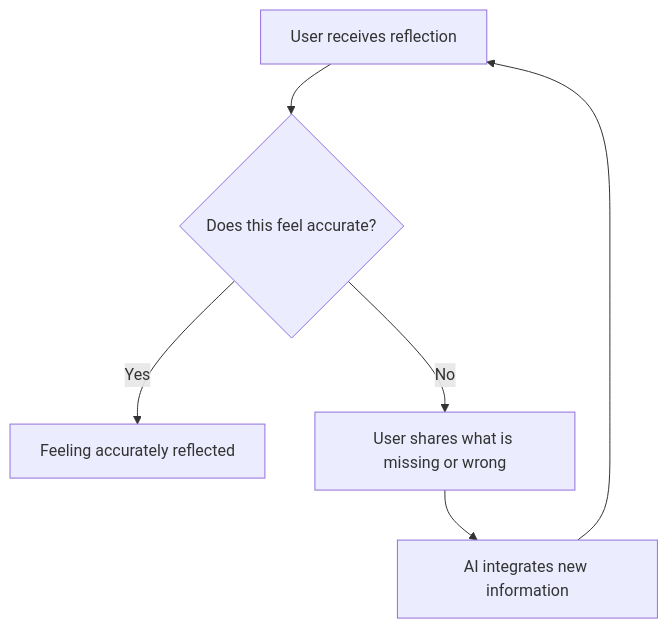
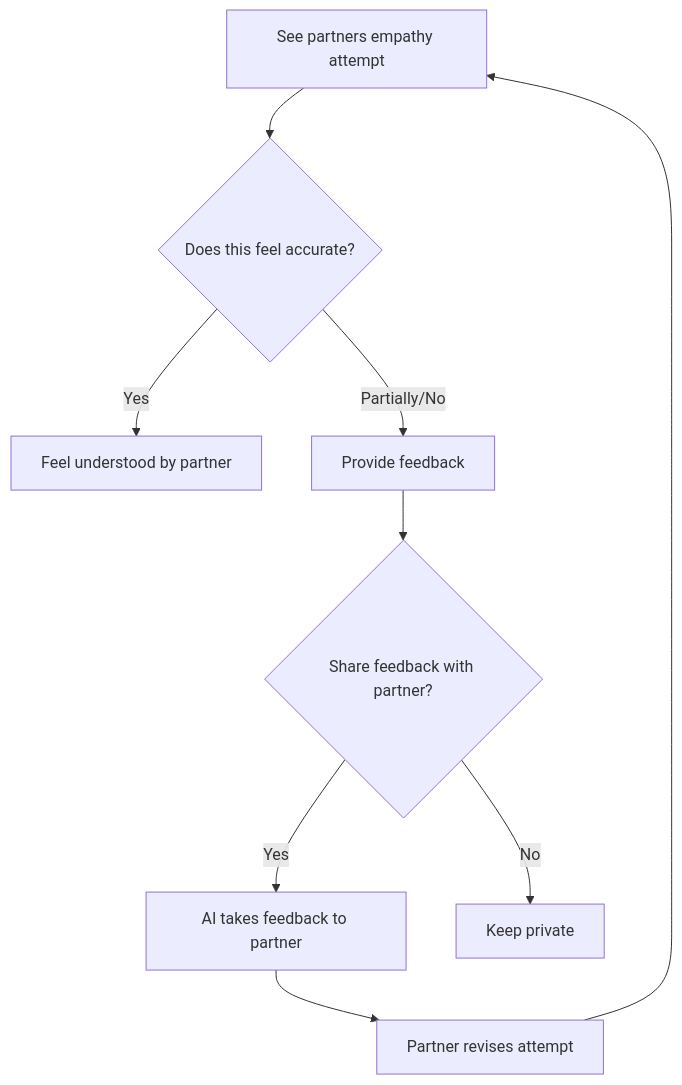
The fourth of 6 diagrams in docs/mvp-planning/plans/stages/stage-2-perspective-stretch.md (shantamg/meet-without-fear), drawn with Mermaid before and after one commit. The commit also changed other lines of this file and 2 other files, not shown here.

First line of the commit message:
Redesign Stage 2/4 flows and demos for open-ended interaction

````diff
--- a/docs/mvp-planning/plans/stages/stage-2-perspective-stretch.md
+++ b/docs/mvp-planning/plans/stages/stage-2-perspective-stretch.md
@@ -161,8 +161,11 @@
 ```mermaid
 flowchart TD
-    Receive[User receives reflection] --> Check{Does this feel accurate?}
-    Check -->|Yes| Confirmed[Feeling accurately reflected]
-    Check -->|No| Clarify[User shares what is missing or wrong]
-    Clarify --> Update[AI integrates new information]
-    Update --> Receive
+    Receive[See partners empathy attempt] --> Check{Does this feel accurate?}
+    Check -->|Yes| Validated[Feel understood by partner]
+    Check -->|Partially/No| Feedback[Provide feedback]
+    Feedback --> Consent{Share feedback with partner?}
+    Consent -->|Yes| Send[AI takes feedback to partner]
+    Consent -->|No| Private[Keep private]
+    Send --> Revise[Partner revises attempt]
+    Revise --> Receive
 ```
````
